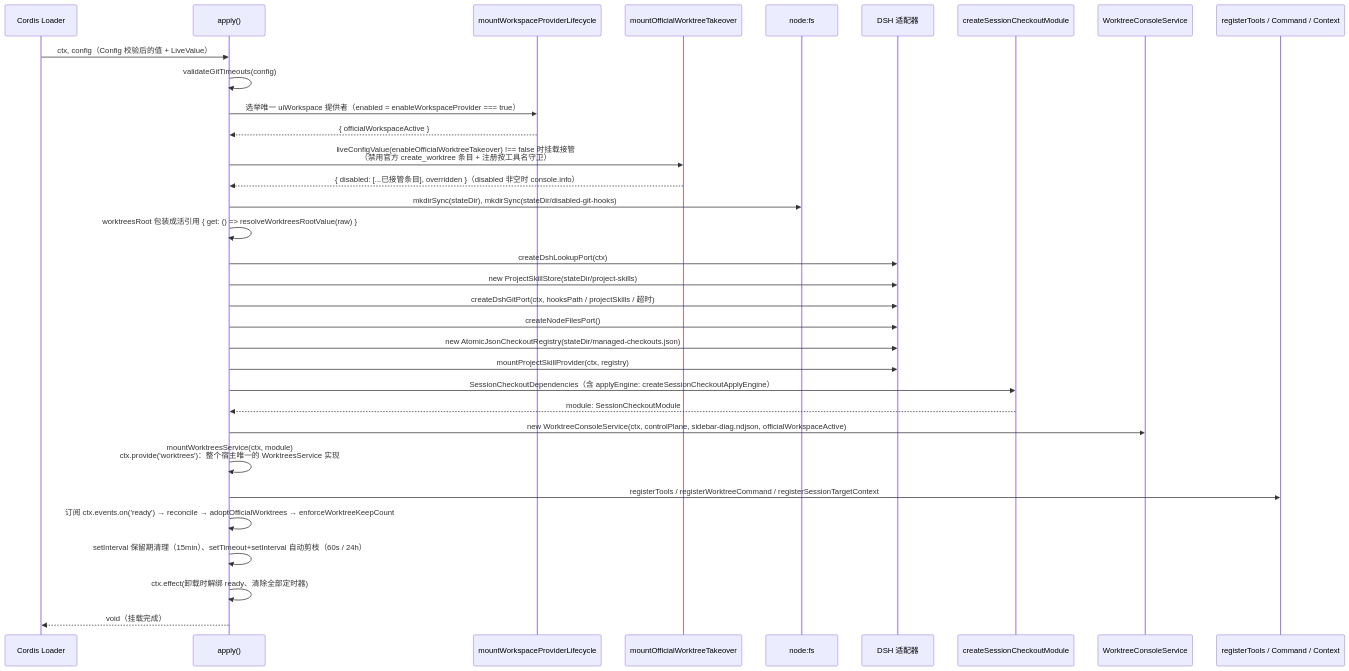
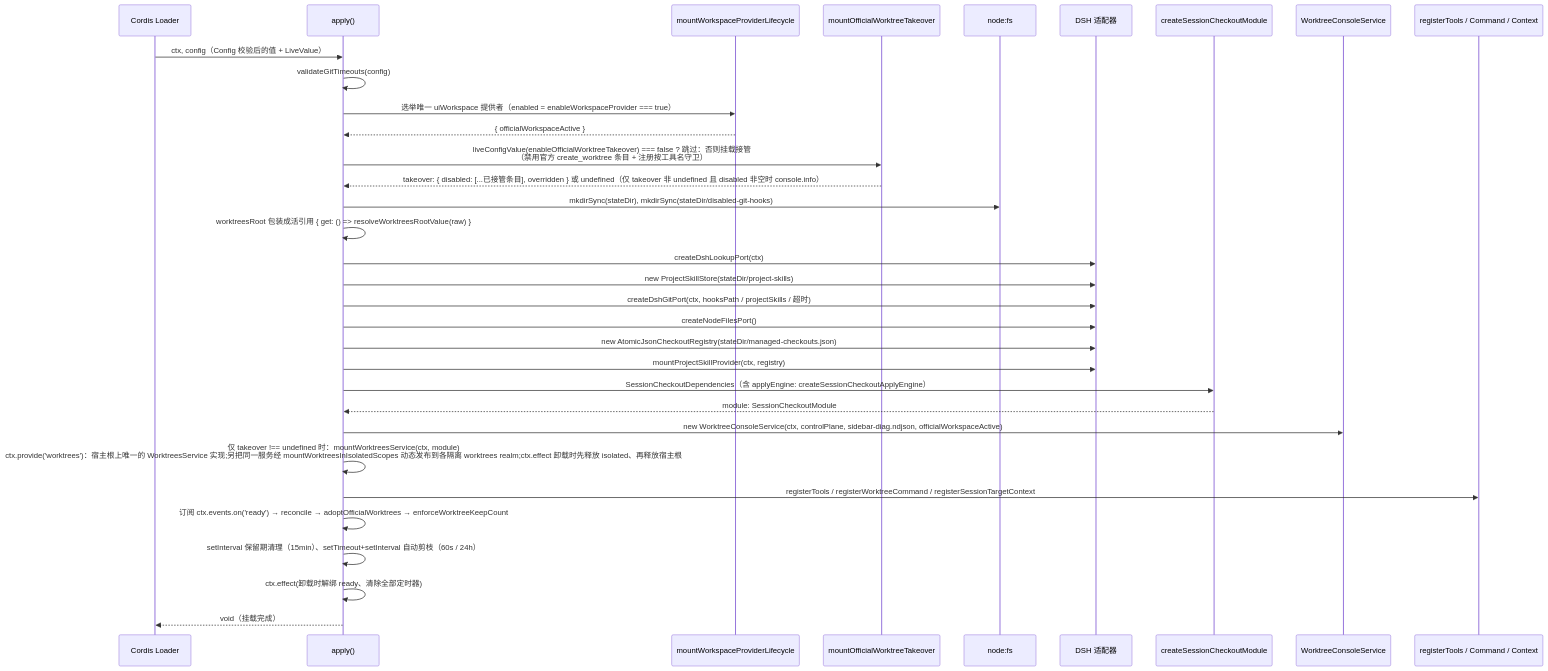
Before and after one commit to ikliml666/dsh-git-workspace: the third of 7 diagrams in .codewiki/modules/src-index-ts.md, drawn with Mermaid. The commit also changed other lines of this file and 55 other files, not shown here.

````diff
--- a/.codewiki/modules/src-index-ts.md
+++ b/.codewiki/modules/src-index-ts.md
@@ -217,36 +217,36 @@
 ```mermaid
 sequenceDiagram
     participant L as Cordis Loader
     participant E as apply()
     participant W as mountWorkspaceProviderLifecycle
     participant T as mountOfficialWorktreeTakeover
     participant FS as node:fs
     participant A as DSH 适配器
     participant M as createSessionCheckoutModule
     participant C as WorktreeConsoleService
     participant R as registerTools / Command / Context
 
     L->>E: ctx, config（Config 校验后的值 + LiveValue）
     E->>E: validateGitTimeouts(config)
     E->>W: 选举唯一 uiWorkspace 提供者（enabled = enableWorkspaceProvider === true）
     W-->>E: { officialWorkspaceActive }
-    E->>T: liveConfigValue(enableOfficialWorktreeTakeover) !== false 时挂载接管<br/>（禁用官方 create_worktree 条目 + 注册按工具名守卫）
-    T-->>E: { disabled: [...已接管条目], overridden }（disabled 非空时 console.info）
+    E->>T: liveConfigValue(enableOfficialWorktreeTakeover) === false ? 跳过：否则挂载接管<br/>（禁用官方 create_worktree 条目 + 注册按工具名守卫）
+    T-->>E: takeover: { disabled: [...已接管条目], overridden } 或 undefined（仅 takeover 非 undefined 且 disabled 非空时 console.info）
     E->>FS: mkdirSync(stateDir), mkdirSync(stateDir/disabled-git-hooks)
     E->>E: worktreesRoot 包装成活引用 { get: () => resolveWorktreesRootValue(raw) }
     E->>A: createDshLookupPort(ctx)
     E->>A: new ProjectSkillStore(stateDir/project-skills)
     E->>A: createDshGitPort(ctx, hooksPath / projectSkills / 超时)
     E->>A: createNodeFilesPort()
     E->>A: new AtomicJsonCheckoutRegistry(stateDir/managed-checkouts.json)
     E->>A: mountProjectSkillProvider(ctx, registry)
     E->>M: SessionCheckoutDependencies（含 applyEngine: createSessionCheckoutApplyEngine）
     M-->>E: module: SessionCheckoutModule
     E->>C: new WorktreeConsoleService(ctx, controlPlane, sidebar-diag.ndjson, officialWorkspaceActive)
-    E->>E: mountWorktreesService(ctx, module)<br/>ctx.provide('worktrees')：整个宿主唯一的 WorktreesService 实现
+    E->>E: 仅 takeover !== undefined 时：mountWorktreesService(ctx, module)<br/>ctx.provide('worktrees')：宿主根上唯一的 WorktreesService 实现#59;另把同一服务经 mountWorktreesInIsolatedScopes 动态发布到各隔离 worktrees realm#59;ctx.effect 卸载时先释放 isolated、再释放宿主根
     E->>R: registerTools / registerWorktreeCommand / registerSessionTargetContext
     E->>E: 订阅 ctx.events.on('ready') → reconcile → adoptOfficialWorktrees → enforceWorktreeKeepCount
     E->>E: setInterval 保留期清理（15min）、setTimeout+setInterval 自动剪枝（60s / 24h）
     E->>E: ctx.effect(卸载时解绑 ready、清除全部定时器)
     E-->>L: void（挂载完成）
 ```
````
